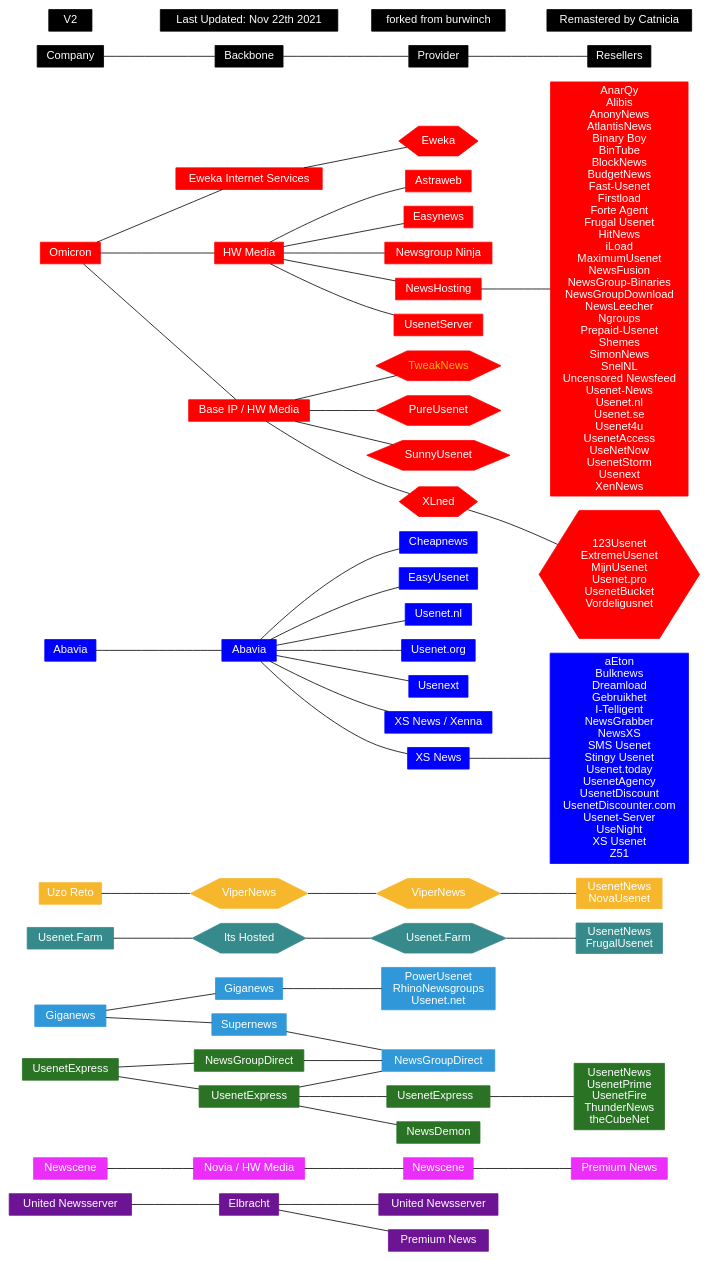
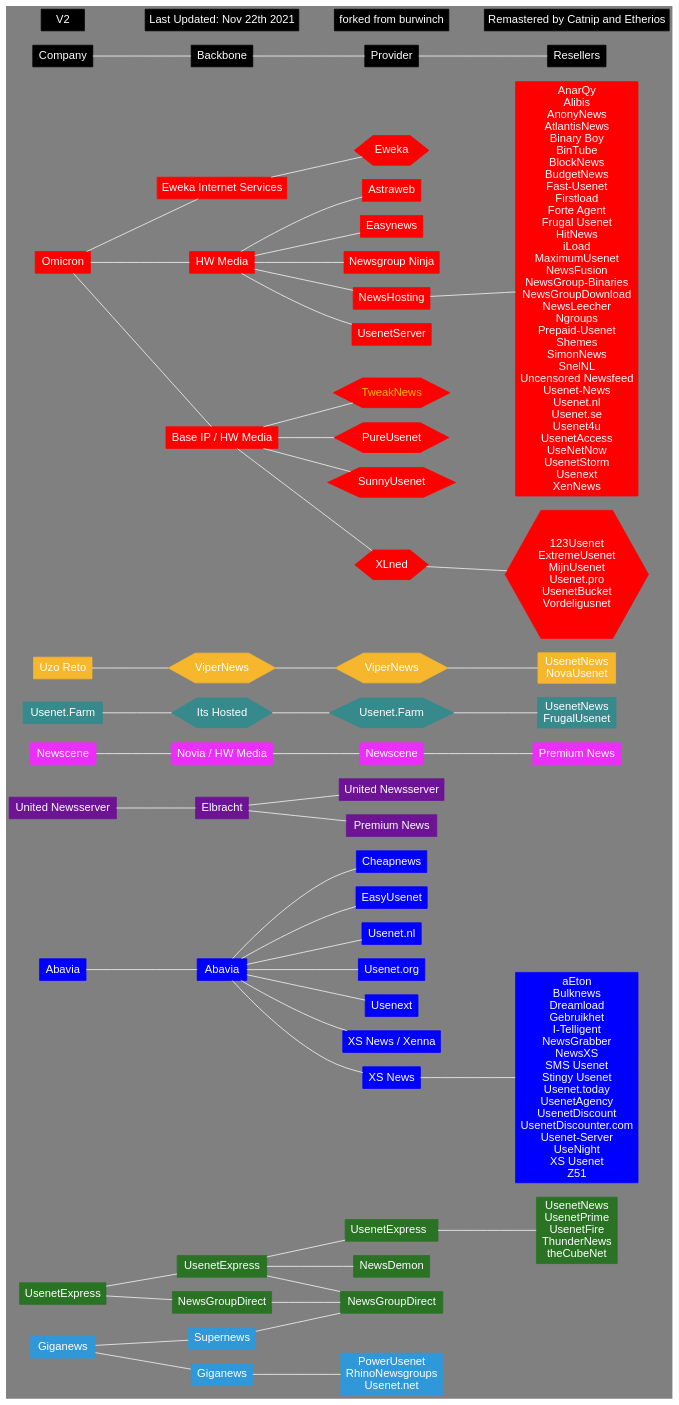
One commit to Wanatux/usenet-map changed the diagram in graph.gv. Above: the diagram before and after it, drawn with Graphviz.

Commit message:
Adding a credit + reordering the list

```diff
--- a/graph.gv
+++ b/graph.gv
@@ -1,69 +1,71 @@
 # https://edotor.net/
 graph graphname {
-bgcolor=white  	#background color
+bgcolor=gray  	#background color
 rankdir=LR 		#direction of graph, eg LR is Left-to-Right ,TB is Top-to-Bottom
-node [shape = box  style=filled fontcolor=white height=.37 fontname=Helvetica] #these effect everything below unless overridden by another "node[]" statement
-edge [color=black] #the edge is the lines between company/backbone/provider reseller
+node [shape = box  style=filled fontcolor=white height=.37 fontname=Arial] #these effect everything below unless overridden by another "node[]" statement
+edge [color=whitesmoke] #the edge is the lines between company/backbone/provider reseller
 
-node [color="#6c1494"] #we change the colour of each company, eg omicron is "red"
-"United Newsserver " --	"Elbracht"
-"Elbracht" -- "United Newsserver"
-"Elbracht" -- "Premium News "
-     
-    node [color="#ec2efa"]
-"Newscene " -- "Novia / HW Media" -- "Newscene" -- "Premium News"
- 
-    node [color="#3098d8"]
-"Giganews " --	"Giganews" -- "PowerUsenet\nRhinoNewsgroups\nUsenet.net"
-"Giganews " -- "Supernews" -- "NewsGroupDirect "
-
-    node [color="#368a8b"]
-"Usenet.Farm " -- {node[shape=hexagon]"Its Hosted"} -- {node[shape=hexagon]"Usenet.Farm"} -- "UsenetNews\nFrugalUsenet" #the "{node[shape=folder fontcolor=orange]"Usenet.Farm"}" is for marking something as NTD
- 
-    node [color="#f6b72d"]
-"Uzo Reto" -- {node[shape=hexagon]"ViperNews"} -- {node[shape=hexagon]"ViperNews "} -- " UsenetNews\nNovaUsenet"
  
     node [color="#2a7325"]
 "UsenetExpress" -- "UsenetExpress " -- "UsenetExpress  " -- "UsenetNews\nUsenetPrime\n UsenetFire\nThunderNews\n theCubeNet"
 "UsenetExpress " -- "NewsDemon"
 "UsenetExpress " -- "NewsGroupDirect "
 "UsenetExpress" -- "NewsGroupDirect" -- "NewsGroupDirect "
  
     node [color=blue]
 "Abavia" -- "Abavia " -- "Cheapnews"
 "Abavia " -- "EasyUsenet"
 "Abavia " -- "Usenet.nl"
 "Abavia " -- "Usenet.org"
 "Abavia " -- "Usenext"
 "Abavia " -- "XS News / Xenna"
 "Abavia " -- "XS News"
 "XS News" -- "aEton\nBulknews\nDreamload\nGebruikhet\nI-Telligent\nNewsGrabber\nNewsXS\nSMS Usenet\nStingy Usenet\nUsenet.today\nUsenetAgency\nUsenetDiscount\nUsenetDiscounter.com\nUsenet-Server\nUseNight\nXS Usenet\nZ51"
+
+node [color="#6c1494"] #we change the colour of each company, eg omicron is "red"
+"United Newsserver " --	"Elbracht"
+"Elbracht" -- "United Newsserver"
+"Elbracht" -- "Premium News "
+       node [color="#ec2efa"]
+"Newscene " -- "Novia / HW Media" -- "Newscene" -- "Premium News"
  
-    node [color=red]
+
+    node [color="#368a8b"]
+"Usenet.Farm " -- {node[shape=hexagon]"Its Hosted"} -- {node[shape=hexagon]"Usenet.Farm"} -- "UsenetNews\nFrugalUsenet" #the "{node[shape=folder fontcolor=orange]"Usenet.Farm"}" is for marking something as NTD
+ 
+    node [color="#f6b72d"]
+"Uzo Reto" -- {node[shape=hexagon]"ViperNews"} -- {node[shape=hexagon]"ViperNews "} -- " UsenetNews\nNovaUsenet"
+
+
+ node [color="#3098d8"]
+"Giganews " --	"Giganews" -- "PowerUsenet\nRhinoNewsgroups\nUsenet.net"
+"Giganews " -- "Supernews" -- "NewsGroupDirect "
+  
+node [color=red]
 "Omicron" --  "Eweka Internet Services" -- {node[shape=hexagon] Eweka}
 "Omicron" -- "HW Media"
 "HW Media" -- "Astraweb"
 "HW Media" -- "Easynews"
 "HW Media" -- "Newsgroup Ninja"
 "HW Media" -- "NewsHosting"
 "HW Media" -- "UsenetServer"
 "NewsHosting" -- "AnarQy\nAlibis\nAnonyNews\nAtlantisNews\nBinary Boy\nBinTube\nBlockNews\nBudgetNews\nFast-Usenet\nFirstload\nForte Agent\nFrugal Usenet\nHitNews\niLoad\nMaximumUsenet\nNewsFusion\nNewsGroup-Binaries\nNewsGroupDownload\nNewsLeecher\nNgroups\nPrepaid-Usenet\nShemes\nSimonNews\nSnelNL\nUncensored Newsfeed\nUsenet-News\nUsenet.nl\nUsenet.se\nUsenet4u\nUsenetAccess\nUseNetNow\nUsenetStorm\nUsenext\nXenNews"
  
 "Omicron" -- "Base IP / HW Media"
 "Base IP / HW Media"
 node[shape=hexagon fontcolor="#ffb700"]
 "Base IP / HW Media" -- "TweakNews"
 node[fontcolor=white]
 "Base IP / HW Media" -- "PureUsenet"
 "Base IP / HW Media" -- "SunnyUsenet"
 "Base IP / HW Media" -- "XLned"
 "XLned" -- "123Usenet\nExtremeUsenet\nMijnUsenet\nUsenet.pro\nUsenetBucket\nVordeligusnet"
 
 node [color=black shape=rect]
 "Company" -- "Backbone" -- "Provider" -- "Resellers"
 
 node [] edge [style=invis]
-"V2" --"Last Updated: Nov 22th 2021"  -- "forked from burwinch" -- "Remastered by Catnicia"
+"V2" --"Last Updated: Nov 22th 2021"  -- "forked from burwinch" -- "Remastered by Catnip and Etherios"
 
 
 }
```
